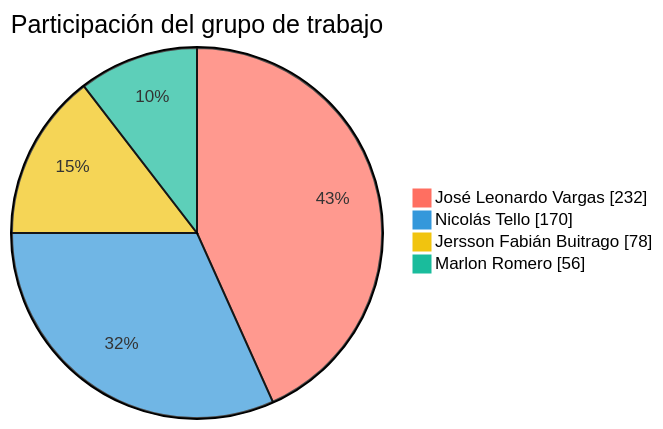
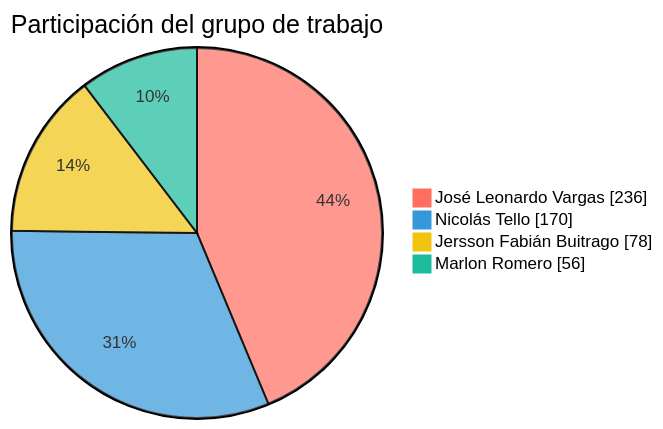
Before and after one commit to FarmaExpres/FarmaExpres: the first of 2 diagrams in README.md, drawn with Mermaid. The commit also changed other lines of this file and 1 other file, not shown here.

````diff
--- a/README.md
+++ b/README.md
@@ -389,9 +389,9 @@
 ```mermaid
 %%{init: {"themeVariables": {"pie1": "#ff6f61", "pie2": "#3498db", "pie3": "#f1c40f", "pie4": "#1abc9c", "pieLabelColor": "#000000", "pieLabelFontSize": "24px", "pieLabelFontWeight": "700"}}}%%
 pie showData
     title Participación del grupo de trabajo
-    "José Leonardo Vargas" : 232
+    "José Leonardo Vargas" : 236
     "Nicolás Tello" : 170
     "Jersson Fabián Buitrago" : 78
     "Marlon Romero" : 56
 ```
````
